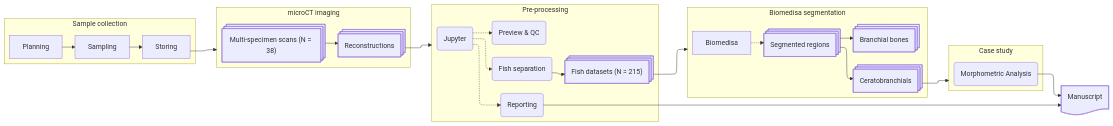
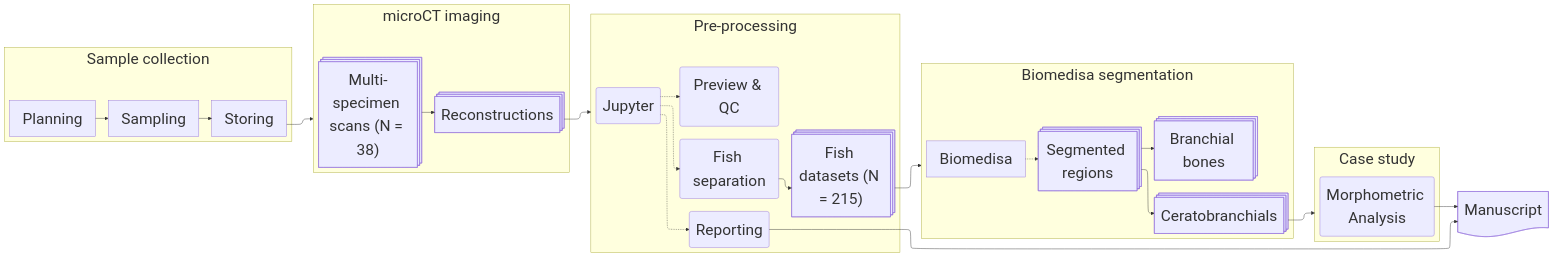
One commit to habi/sticklebacks-manuscript changed the diagram in v/latest/images/workflow.mmd. Above: the diagram before and after it, drawn with Mermaid. The commit also changed 27 other files, not shown here.

First line of the commit message:
Larger font size [ci skip]

```diff
--- a/v/latest/images/workflow.mmd
+++ b/v/latest/images/workflow.mmd
@@ -1,68 +1,70 @@
 ---
 config:
   layout: elk
+  themeVariables:
+    fontSize: 36px
 ---
 flowchart LR
 
 subgraph collection["Sample collection"]
     Planning --> Sampling --> Storing
 end
 
 Storing --> imaging
 
 subgraph imaging["microCT imaging"]
     holder@{shape: procs, label: "Multi-specimen scans (N = 38)"}
     rec@{shape: procs, label: "Reconstructions"}
 
     holder --> rec
 end
 
 rec --> preprocessing
 
 subgraph preprocessing["Pre-processing"]
     jupyter("Jupyter")
 
     preview("Preview & QC")
     separation("Fish separation")
     fishid@{shape: procs, label: "Fish datasets (N = 215)"}
     reporting("Reporting")
 
     separation -----> fishid
 
     jupyter -....-> preview
     jupyter -.-> separation
     jupyter -.-> reporting
 end
 
 fishid --> segmentation
 
 subgraph segmentation["Biomedisa segmentation"]
     Biomedisa
 
     regions@{shape: procs, label: "Segmented regions"}
     rakers@{shape: procs, label: "Ceratobranchials"}
     jaws@{shape: procs, label: "Branchial bones"}
 
     Biomedisa -.-> regions
     regions --> rakers
     regions --> jaws
 end
 
 rakers --> analysis
 
 subgraph analysis["Case study"]
     morph("Morphometric Analysis")
 end
 
 manubot@{shape: doc, label: "Manuscript"}
 
 reporting ---------> manubot
 morph --> manubot
 
 Storing ~~~ holder
 rec ~~~ jupyter
 
 separation ~~~ fishid
 fishid ~~~ Biomedisa
 
 rakers ~~~ morph
```
